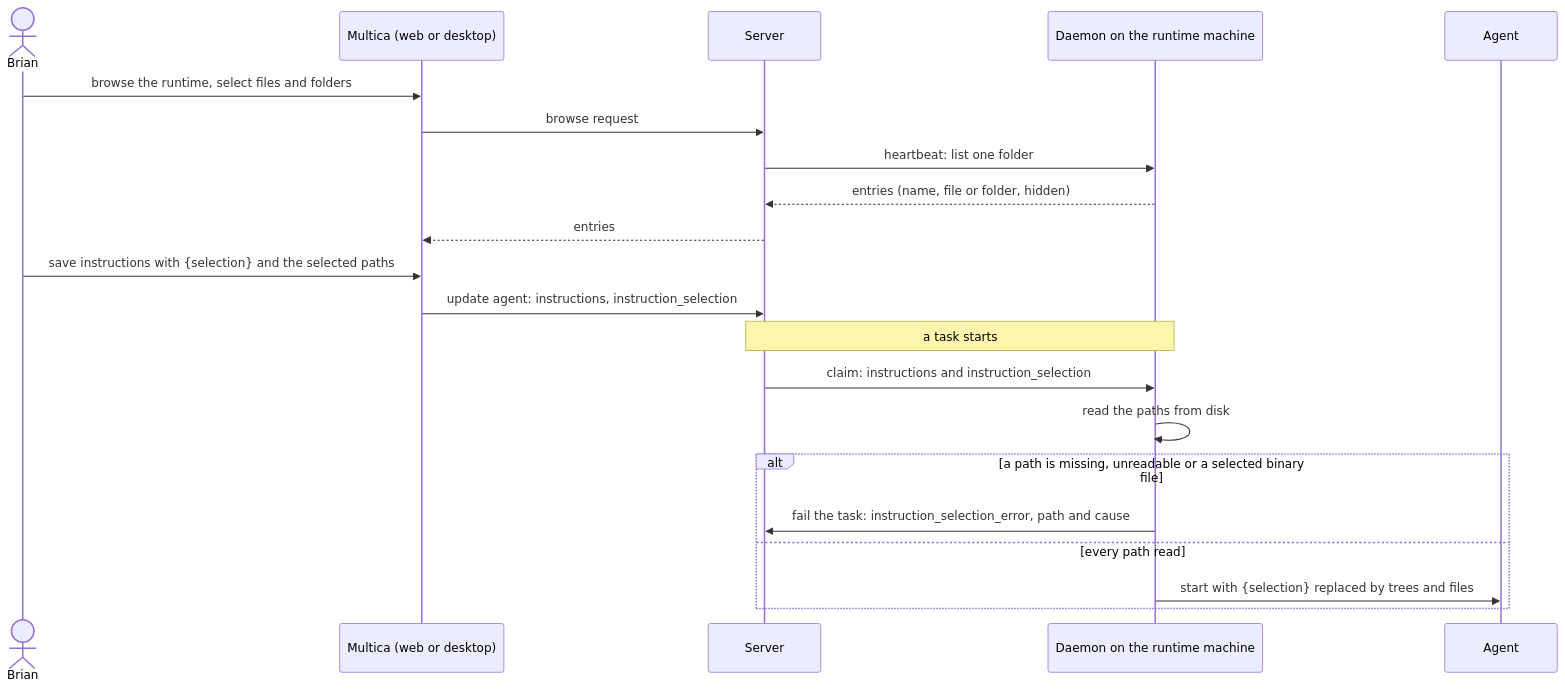
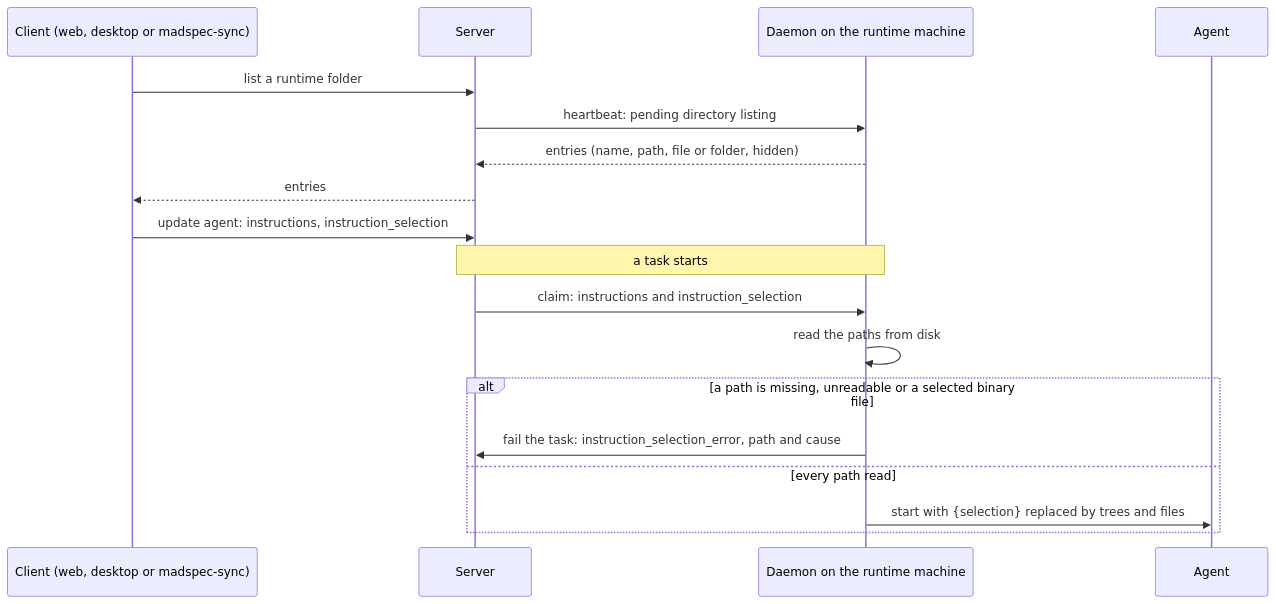
One commit to appboypov/multica changed the first of 2 diagrams in specs/openspec/changes/agent-instruction-selection/proposal.md. Above: the diagram before and after it, drawn with Mermaid. The commit also changed other lines of this file and 10 other files, not shown here.

Commit message:
docs(specs): plan agent-instruction-selection for the backend

````diff
--- a/specs/openspec/changes/agent-instruction-selection/proposal.md
+++ b/specs/openspec/changes/agent-instruction-selection/proposal.md
@@ -3,23 +3,20 @@
 ```mermaid
 sequenceDiagram
-  actor B as Brian
-  participant M as Multica (web or desktop)
+  participant C as Client (web, desktop or madspec-sync)
   participant S as Server
   participant D as Daemon on the runtime machine
   participant A as Agent
-  B->>M: browse the runtime, select files and folders
-  M->>S: browse request
-  S->>D: heartbeat: list one folder
-  D-->>S: entries (name, file or folder, hidden)
-  S-->>M: entries
-  B->>M: save instructions with {selection} and the selected paths
-  M->>S: update agent: instructions, instruction_selection
+  C->>S: list a runtime folder
+  S->>D: heartbeat: pending directory listing
+  D-->>S: entries (name, path, file or folder, hidden)
+  S-->>C: entries
+  C->>S: update agent: instructions, instruction_selection
   Note over S,D: a task starts
   S->>D: claim: instructions and instruction_selection
   D->>D: read the paths from disk
   alt a path is missing, unreadable or a selected binary file
     D->>S: fail the task: instruction_selection_error, path and cause
   else every path read
     D->>A: start with {selection} replaced by trees and files
   end
 ```
````
